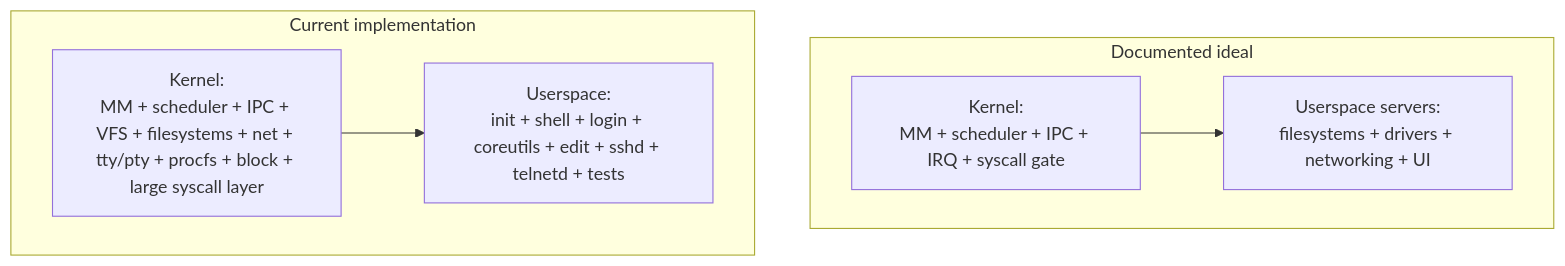
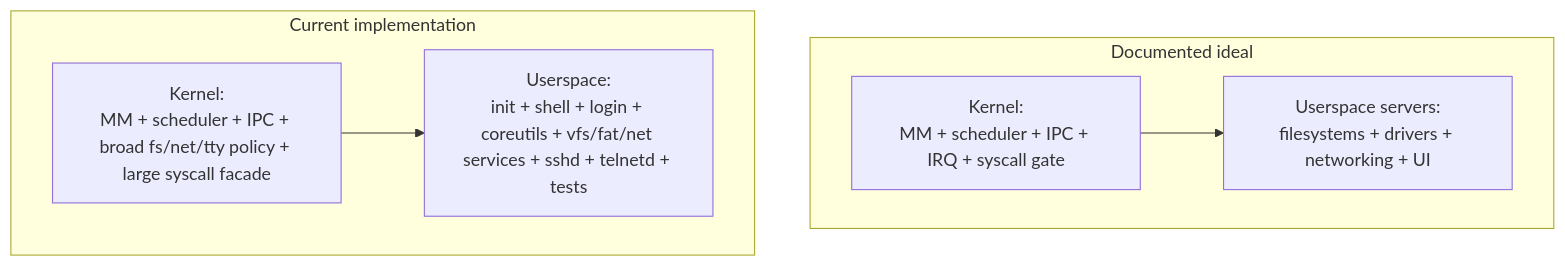
The diagram in docs/evaluation/current-state.md (mikecubed/m3OS), drawn with Mermaid before and after one commit. The commit also changed other lines of this file and 56 other files, not shown here.

````diff
--- a/docs/evaluation/current-state.md
+++ b/docs/evaluation/current-state.md
@@ -28,15 +30,15 @@
 ```mermaid
 flowchart TB
     subgraph Ideal["Documented ideal"]
         IK["Kernel:<br/>MM + scheduler + IPC + IRQ + syscall gate"]
         IU["Userspace servers:<br/>filesystems + drivers + networking + UI"]
     end
 
     subgraph Actual["Current implementation"]
-        AK["Kernel:<br/>MM + scheduler + IPC + VFS + filesystems + net + tty/pty + procfs + block + large syscall layer"]
-        AU["Userspace:<br/>init + shell + login + coreutils + edit + sshd + telnetd + tests"]
+        AK["Kernel:<br/>MM + scheduler + IPC + broad fs/net/tty policy + large syscall facade"]
+        AU["Userspace:<br/>init + shell + login + coreutils + vfs/fat/net services + sshd + telnetd + tests"]
     end
 
     IK --> IU
     AK --> AU
 ```
````
